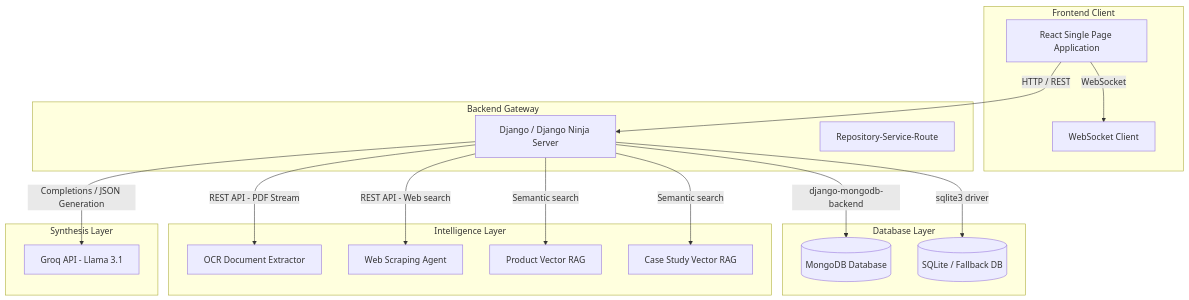
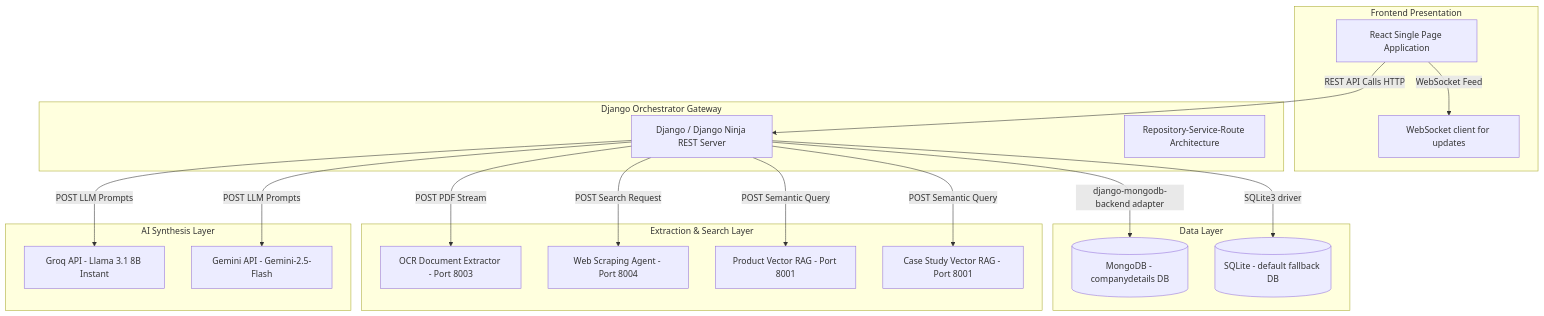
One commit to sanjakumartyn/sdc_backend changed the first of 3 diagrams in SAD.md. Above: the diagram before and after it, drawn with Mermaid. The commit also changed other lines of this file and 4 other files, not shown here.

Commit message:
feat: implement repository pattern for Deals and Signals and update system architecture documentation

````diff
--- a/SAD.md
+++ b/SAD.md
@@ -15,39 +29,41 @@
 ```mermaid
 graph TD
-    subgraph Client Layer [Frontend Client]
+    subgraph Client Layer [Frontend Presentation]
         FE[React Single Page Application]
-        WS[WebSocket Client]
+        WS[WebSocket client for updates]
     end
 
-    subgraph API Layer [Backend Gateway]
-        BE[Django / Django Ninja Server]
-        RO[Repository-Service-Route]
+    subgraph Core Backend [Django Orchestrator Gateway]
+        BE[Django / Django Ninja REST Server]
+        RO[Repository-Service-Route Architecture]
     end
 
-    subgraph Data Stores [Database Layer]
-        DB[(MongoDB Database)]
-        SQL[(SQLite / Fallback DB)]
+    subgraph Persistent Storage [Data Layer]
+        DB[(MongoDB - companydetails DB)]
+        SQL[(SQLite - default fallback DB)]
     end
 
-    subgraph Downstream Microservices [Intelligence Layer]
-        OCR[OCR Document Extractor]
-        WEB[Web Scraping Agent]
-        RAG_PROD[Product Vector RAG]
-        RAG_CASE[Case Study Vector RAG]
+    subgraph Downstream Services [Extraction & Search Layer]
+        OCR[OCR Document Extractor - Port 8003]
+        WEB[Web Scraping Agent - Port 8004]
+        RAG_PROD[Product Vector RAG - Port 8001]
+        RAG_CASE[Case Study Vector RAG - Port 8001]
     end
 
-    subgraph LLM Cognitive Layer [Synthesis Layer]
-        Groq[Groq API - Llama 3.1]
+    subgraph LLM Cognitive Layer [AI Synthesis Layer]
+        Groq[Groq API - Llama 3.1 8B Instant]
+        Gemini[Gemini API - Gemini-2.5-Flash]
     end
 
-    FE -->|HTTP / REST| BE
-    FE -->|WebSocket| WS
-    BE -->|django-mongodb-backend| DB
-    BE -->|sqlite3 driver| SQL
+    FE -->|REST API Calls HTTP| BE
+    FE -->|WebSocket Feed| WS
+    BE -->|django-mongodb-backend adapter| DB
+    BE -->|SQLite3 driver| SQL
     
-    BE -->|REST API - PDF Stream| OCR
-    BE -->|REST API - Web search| WEB
-    BE -->|Semantic search| RAG_PROD
-    BE -->|Semantic search| RAG_CASE
-    BE -->|Completions / JSON Generation| Groq
+    BE -->|POST PDF Stream| OCR
+    BE -->|POST Search Request| WEB
+    BE -->|POST Semantic Query| RAG_PROD
+    BE -->|POST Semantic Query| RAG_CASE
+    BE -->|POST LLM Prompts| Groq
+    BE -->|POST LLM Prompts| Gemini
 ```
````
